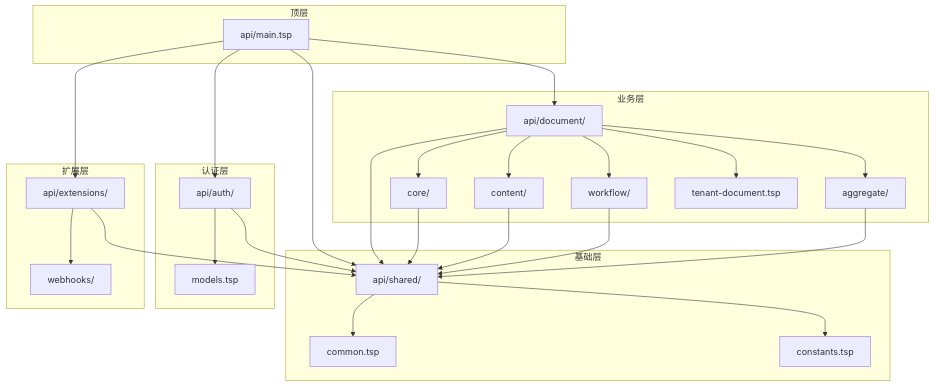
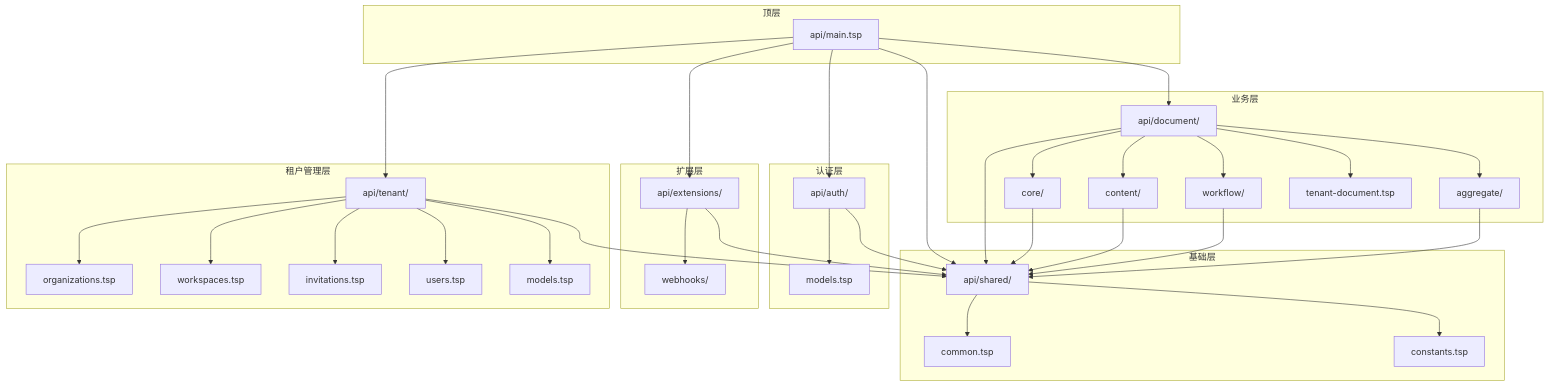
Before and after one commit to apexroc/nexusbook-api: the first of 12 diagrams in .qoder/repowiki/zh/content/核心架构/核心架构.md, drawn with Mermaid. The commit also changed other lines of this file and 8 other files, not shown here.

````diff
--- a/.qoder/repowiki/zh/content/核心架构/核心架构.md
+++ b/.qoder/repowiki/zh/content/核心架构/核心架构.md
@@ -45,47 +58,62 @@
 ```mermaid
 graph TB
 subgraph "顶层"
 MAIN["api/main.tsp"]
 end
 subgraph "基础层"
 SHARED["api/shared/"]
 COMMON["common.tsp"]
 CONST["constants.tsp"]
 SHARED --> COMMON
 SHARED --> CONST
 end
 subgraph "认证层"
 AUTH["api/auth/"]
 AUTHMODELS["models.tsp"]
 AUTH --> AUTHMODELS
 end
 subgraph "业务层"
 DOC["api/document/"]
 CORE["core/"]
 CONTENT["content/"]
 WORKFLOW["workflow/"]
 AGG["aggregate/"]
 TENANT["tenant-document.tsp"]
 DOC --> CORE
 DOC --> CONTENT
 DOC --> WORKFLOW
 DOC --> AGG
 DOC --> TENANT
 end
 subgraph "扩展层"
 EXT["api/extensions/"]
 WEBHOOKS["webhooks/"]
 EXT --> WEBHOOKS
 end
+subgraph "租户管理层"
+TENANT_API["api/tenant/"]
+ORG["organizations.tsp"]
+WS["workspaces.tsp"]
+INV["invitations.tsp"]
+USER["users.tsp"]
+MODELS["models.tsp"]
+TENANT_API --> ORG
+TENANT_API --> WS
+TENANT_API --> INV
+TENANT_API --> USER
+TENANT_API --> MODELS
+end
 MAIN --> SHARED
 MAIN --> AUTH
 MAIN --> DOC
 MAIN --> EXT
+MAIN --> TENANT_API
 AUTH --> SHARED
 DOC --> SHARED
 EXT --> SHARED
+TENANT_API --> SHARED
 CORE --> SHARED
 CONTENT --> SHARED
 WORKFLOW --> SHARED
 AGG --> SHARED
 ```
````
